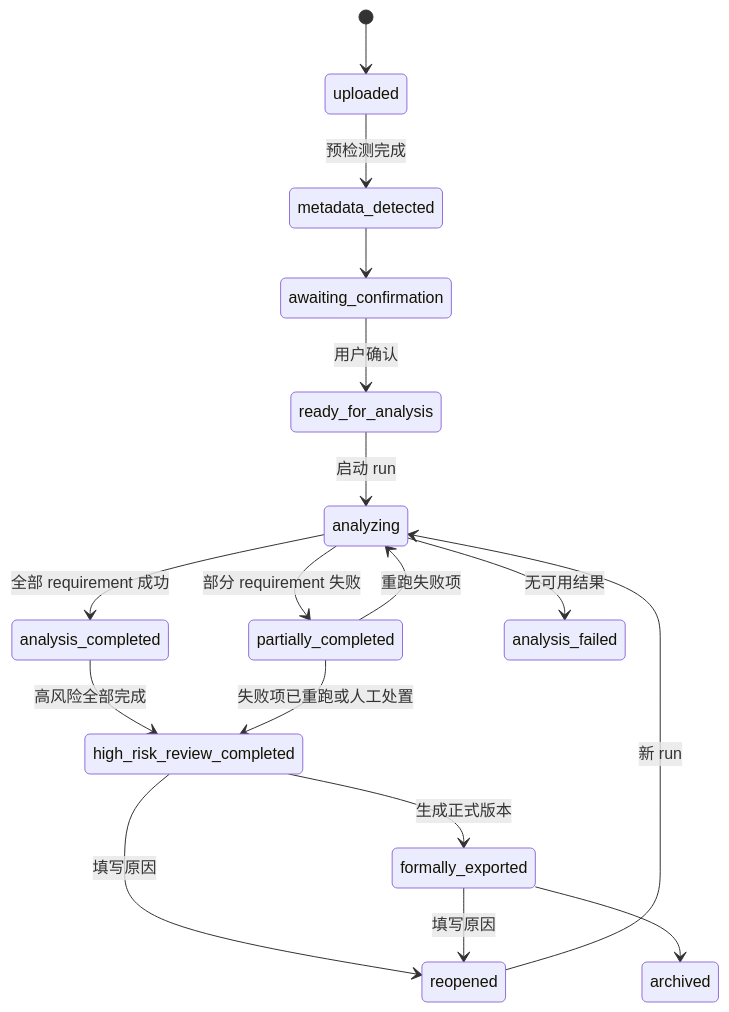
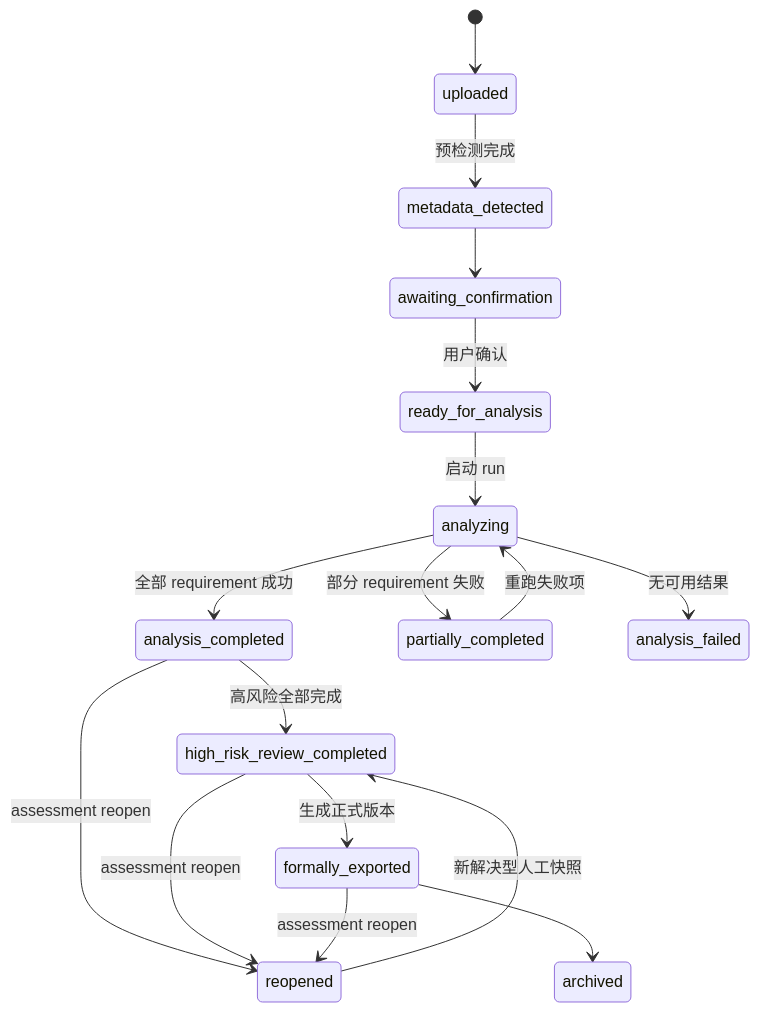
The first of 3 diagrams in docs/product/state-model.md (pinkman010/esg-agent), drawn with Mermaid before and after one commit. The commit also changed other lines of this file and 8 other files, not shown here.

````diff
--- a/docs/product/state-model.md
+++ b/docs/product/state-model.md
@@ -5,19 +5,19 @@
 ```mermaid
 stateDiagram-v2
     [*] --> uploaded
     uploaded --> metadata_detected: 预检测完成
     metadata_detected --> awaiting_confirmation
     awaiting_confirmation --> ready_for_analysis: 用户确认
     ready_for_analysis --> analyzing: 启动 run
     analyzing --> analysis_completed: 全部 requirement 成功
     analyzing --> partially_completed: 部分 requirement 失败
     analyzing --> analysis_failed: 无可用结果
     partially_completed --> analyzing: 重跑失败项
     analysis_completed --> high_risk_review_completed: 高风险全部完成
-    partially_completed --> high_risk_review_completed: 失败项已重跑或人工处置
     high_risk_review_completed --> formally_exported: 生成正式版本
-    high_risk_review_completed --> reopened: 填写原因
-    formally_exported --> reopened: 填写原因
-    reopened --> analyzing: 新 run
+    analysis_completed --> reopened: assessment reopen
+    high_risk_review_completed --> reopened: assessment reopen
+    formally_exported --> reopened: assessment reopen
+    reopened --> high_risk_review_completed: 新解决型人工快照
     formally_exported --> archived
 ```
````
